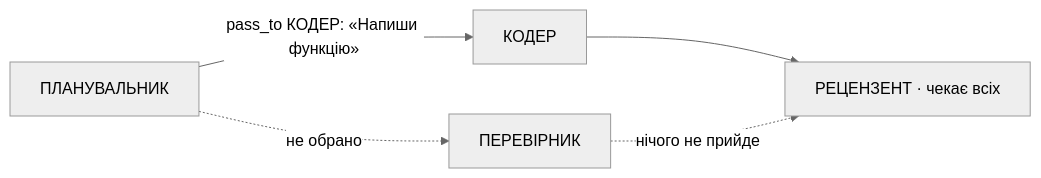
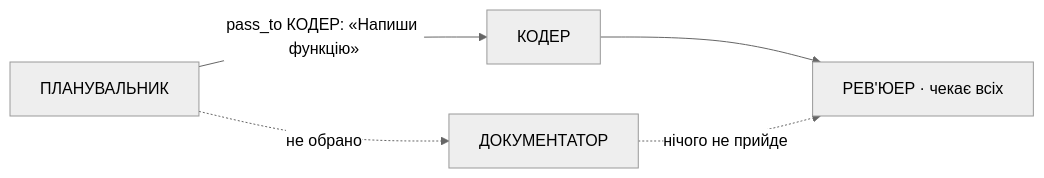
Before and after one commit to GrefferM/coder: the second of 2 diagrams in OPERATOR.md, drawn with Mermaid (neutral theme). The commit also changed other lines of this file and 9 other files, not shown here.

````diff
--- a/OPERATOR.md
+++ b/OPERATOR.md
@@ -256,7 +255,7 @@
 ```mermaid
 flowchart LR
   D[ПЛАНУВАЛЬНИК] -->|"pass_to КОДЕР: «Напиши функцію»"| K[КОДЕР]
-  D -.->|не обрано| P[ПЕРЕВІРНИК]
-  K --> R[РЕЦЕНЗЕНТ · чекає всіх]
+  D -.->|не обрано| P[ДОКУМЕНТАТОР]
+  K --> R[РЕВ'ЮЕР · чекає всіх]
   P -.->|нічого не прийде| R
 ```
````
